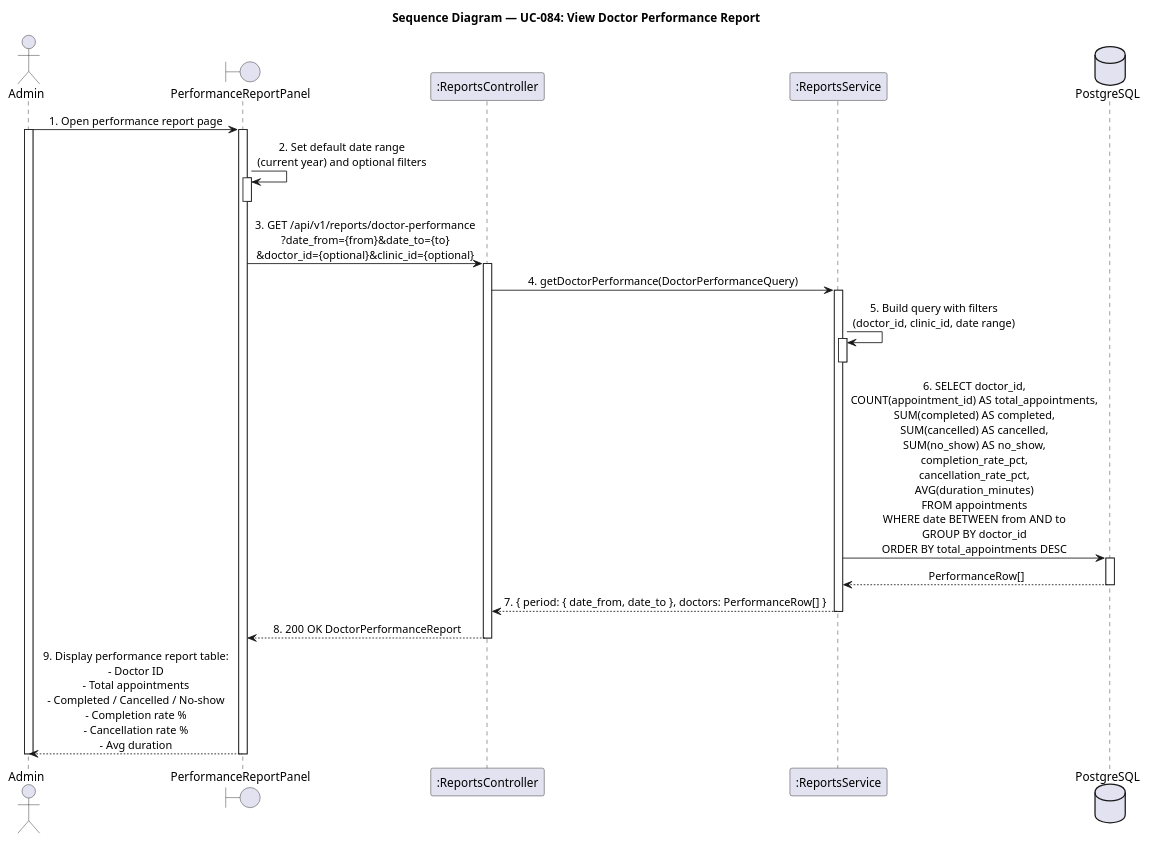
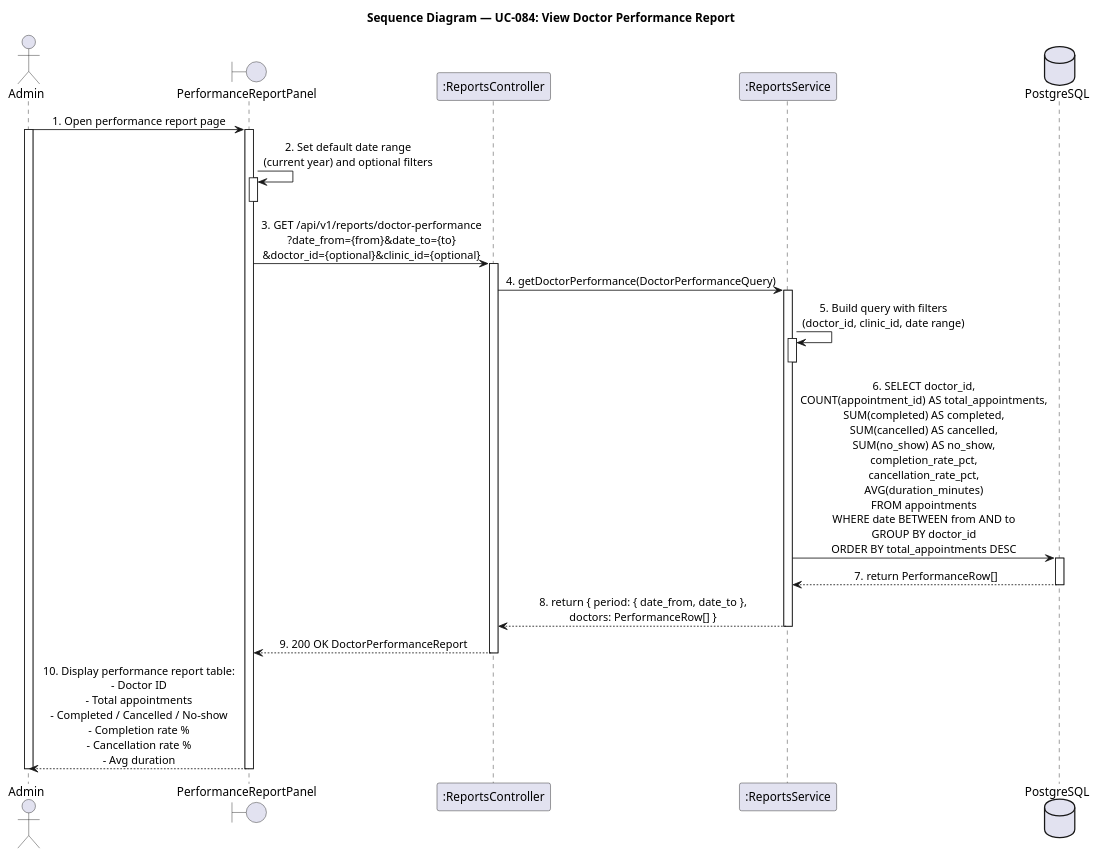
Before and after one commit to LTPPPP/Smart-Medical-Intelligent-Ledger-for-E-health-S.M.I.L.E-: the diagram in docs/sequence-diagram/UC84_ViewDoctorPerformanceReport.puml, drawn with PlantUML. The commit also changed 177 other files, not shown here.

Commit message:
skill and doc class diagram

```diff
--- a/docs/sequence-diagram/UC84_ViewDoctorPerformanceReport.puml
+++ b/docs/sequence-diagram/UC84_ViewDoctorPerformanceReport.puml
@@ -1,47 +1,47 @@
 @startuml SequenceDiagram
 skinparam shadowing false
 skinparam sequenceMessageAlign center
 
 title Sequence Diagram — UC-084: View Doctor Performance Report
 
 actor "Admin" as user
 boundary "PerformanceReportPanel" as form
 participant ":ReportsController" as ctrl
 participant ":ReportsService" as rptSvc
 database "PostgreSQL" as db
 
 user -> form : 1. Open performance report page
 activate user
 activate form
 
 form -> form : 2. Set default date range\n(current year) and optional filters
 activate form
 deactivate form
 
 form -> ctrl : 3. GET /api/v1/reports/doctor-performance\n?date_from={from}&date_to={to}\n&doctor_id={optional}&clinic_id={optional}
 activate ctrl
 
 ctrl -> rptSvc : 4. getDoctorPerformance(DoctorPerformanceQuery)
 activate rptSvc
 
 rptSvc -> rptSvc : 5. Build query with filters\n(doctor_id, clinic_id, date range)
 activate rptSvc
 deactivate rptSvc
 
 rptSvc -> db : 6. SELECT doctor_id,\nCOUNT(appointment_id) AS total_appointments,\nSUM(completed) AS completed,\nSUM(cancelled) AS cancelled,\nSUM(no_show) AS no_show,\ncompletion_rate_pct,\ncancellation_rate_pct,\nAVG(duration_minutes)\nFROM appointments\nWHERE date BETWEEN from AND to\nGROUP BY doctor_id\nORDER BY total_appointments DESC
 activate db
-db --> rptSvc : PerformanceRow[]
+db --> rptSvc : 7. return PerformanceRow[]
 deactivate db
 
-rptSvc --> ctrl : 7. { period: { date_from, date_to }, doctors: PerformanceRow[] }
+rptSvc --> ctrl : 8. return { period: { date_from, date_to },\ndoctors: PerformanceRow[] }
 deactivate rptSvc
 
-ctrl --> form : 8. 200 OK DoctorPerformanceReport
+ctrl --> form : 9. 200 OK DoctorPerformanceReport
 deactivate ctrl
 
-form --> user : 9. Display performance report table:\n- Doctor ID\n- Total appointments\n- Completed / Cancelled / No-show\n- Completion rate %\n- Cancellation rate %\n- Avg duration
+form --> user : 10. Display performance report table:\n- Doctor ID\n- Total appointments\n- Completed / Cancelled / No-show\n- Completion rate %\n- Cancellation rate %\n- Avg duration
 deactivate form
 
 deactivate user
 
 @enduml
```
